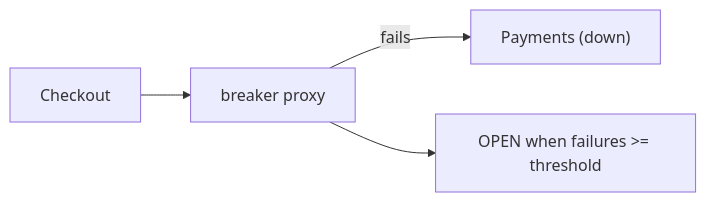
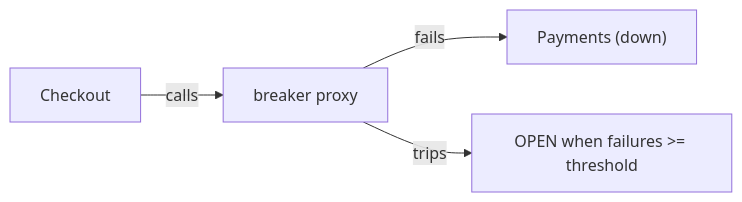
One commit to vinayakuber/microservices-io-study-guide changed the ninth of 13 diagrams in docs/ch07-circuit-breaker.md. Above: the diagram before and after it, drawn with Mermaid. The commit also changed other lines of this file and 71 other files, not shown here.

First line of the commit message:
R18: label every diagram arrow with its meaning

````diff
--- a/docs/ch07-circuit-breaker.md
+++ b/docs/ch07-circuit-breaker.md
@@ -295,6 +295,6 @@
 ```mermaid
 flowchart LR
-  C["Checkout"] --> P["breaker proxy"]
+  C["Checkout"] -->|"calls"| P["breaker proxy"]
   P -->|"fails"| SVC["Payments (down)"]
-  P --> O["OPEN when failures >= threshold"]
+  P -->|"trips"| O["OPEN when failures >= threshold"]
 ```
````
